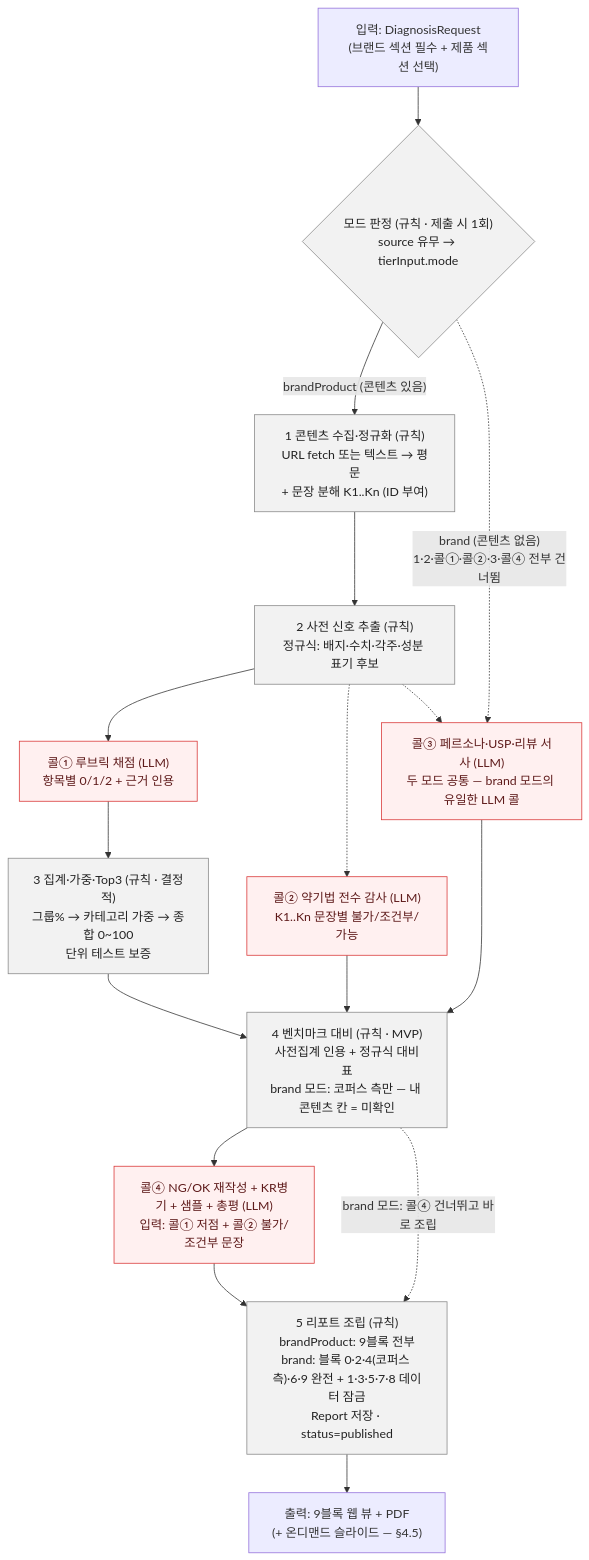
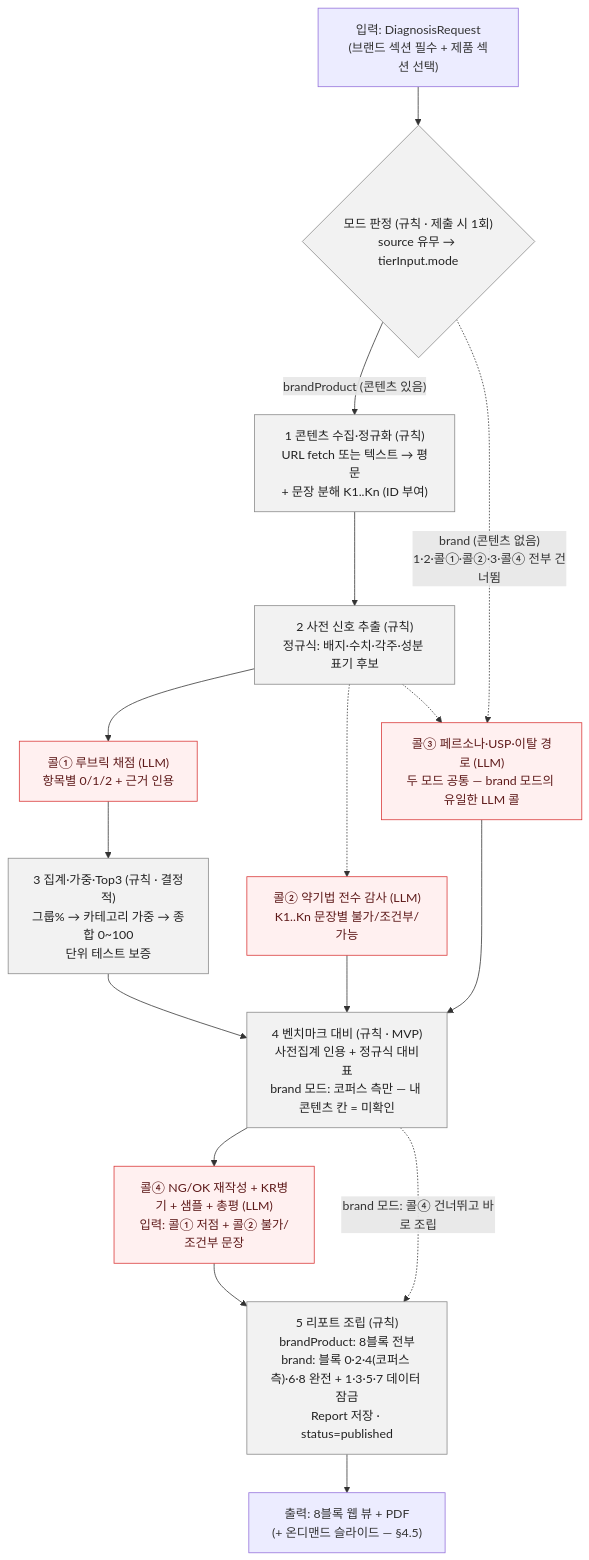
One commit to duwjd/Branch-out-to-Japan changed the third of 7 diagrams in docs/08-data-flow.md. Above: the diagram before and after it, drawn with Mermaid. The commit also changed other lines of this file and 38 other files, not shown here.

````diff
--- a/docs/08-data-flow.md
+++ b/docs/08-data-flow.md
@@ -153,31 +153,31 @@
 ```mermaid
 flowchart TD
     IN["입력: DiagnosisRequest<br/>(브랜드 섹션 필수 + 제품 섹션 선택)"] --> MODE{"모드 판정 (규칙 · 제출 시 1회)<br/>source 유무 → tierInput.mode"}
 
     MODE -->|"brandProduct (콘텐츠 있음)"| N1
     MODE -.->|"brand (콘텐츠 없음)<br/>1·2·콜①·콜②·3·콜④ 전부 건너뜀"| C3
 
     N1["1 콘텐츠 수집·정규화 (규칙)<br/>URL fetch 또는 텍스트 → 평문<br/>+ 문장 분해 K1..Kn (ID 부여)"] --> N2
     N2["2 사전 신호 추출 (규칙)<br/>정규식: 배지·수치·각주·성분 표기 후보"] --> C1
 
     C1["콜① 루브릭 채점 (LLM)<br/>항목별 0/1/2 + 근거 인용"] --> N3
     N3["3 집계·가중·Top3 (규칙 · 결정적)<br/>그룹% → 카테고리 가중 → 종합 0~100<br/>단위 테스트 보증"] --> N4
 
     C2["콜② 약기법 전수 감사 (LLM)<br/>K1..Kn 문장별 불가/조건부/가능"] --> N4
-    C3["콜③ 페르소나·USP·리뷰 서사 (LLM)<br/>두 모드 공통 — brand 모드의 유일한 LLM 콜"] --> N4
+    C3["콜③ 페르소나·USP·이탈 경로 (LLM)<br/>두 모드 공통 — brand 모드의 유일한 LLM 콜"] --> N4
 
     N4["4 벤치마크 대비 (규칙 · MVP)<br/>사전집계 인용 + 정규식 대비표<br/>brand 모드: 코퍼스 측만 — 내 콘텐츠 칸 = 미확인"] --> C4
     C4["콜④ NG/OK 재작성 + KR병기 + 샘플 + 총평 (LLM)<br/>입력: 콜① 저점 + 콜② 불가/조건부 문장"] --> N5
     N4 -.->|"brand 모드: 콜④ 건너뛰고 바로 조립"| N5
 
-    N5["5 리포트 조립 (규칙)<br/>brandProduct: 9블록 전부<br/>brand: 블록 0·2·4(코퍼스 측)·6·9 완전 + 1·3·5·7·8 데이터 잠금<br/>Report 저장 · status=published"] --> OUT
-    OUT["출력: 9블록 웹 뷰 + PDF<br/>(+ 온디맨드 슬라이드 — §4.5)"]
+    N5["5 리포트 조립 (규칙)<br/>brandProduct: 8블록 전부<br/>brand: 블록 0·2·4(코퍼스 측)·6·8 완전 + 1·3·5·7 데이터 잠금<br/>Report 저장 · status=published"] --> OUT
+    OUT["출력: 8블록 웹 뷰 + PDF<br/>(+ 온디맨드 슬라이드 — §4.5)"]
 
     N2 -.-> C2
     N2 -.-> C3
 
     classDef rule fill:#f2f2f2,stroke:#888,color:#222;
     classDef llm fill:#fff0f0,stroke:#d93636,color:#5e1a1a;
     class N1,N2,N3,N4,N5,MODE rule;
     class C1,C2,C3,C4 llm;
 ```
````
